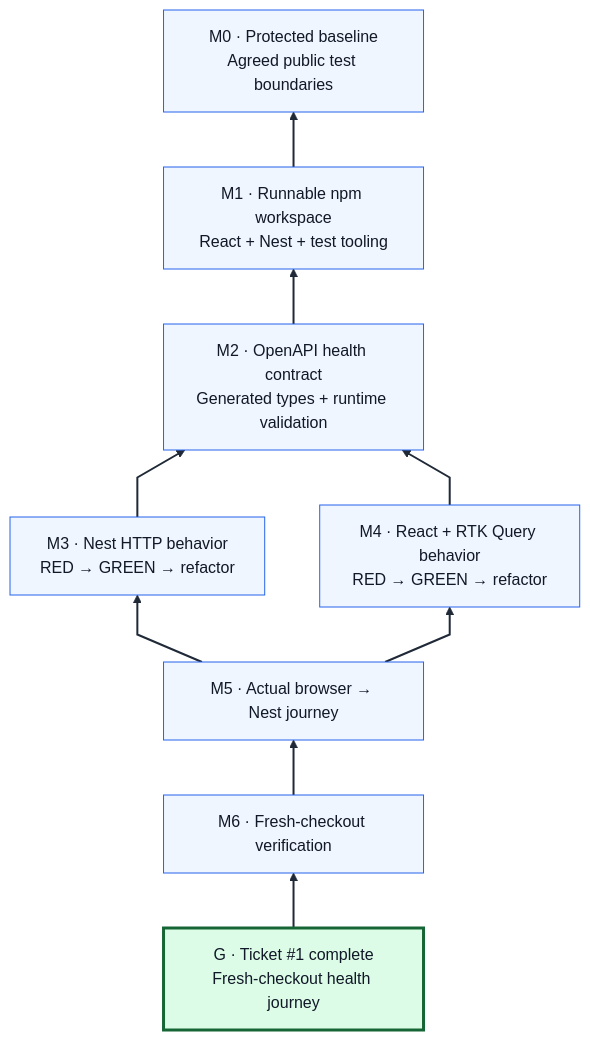
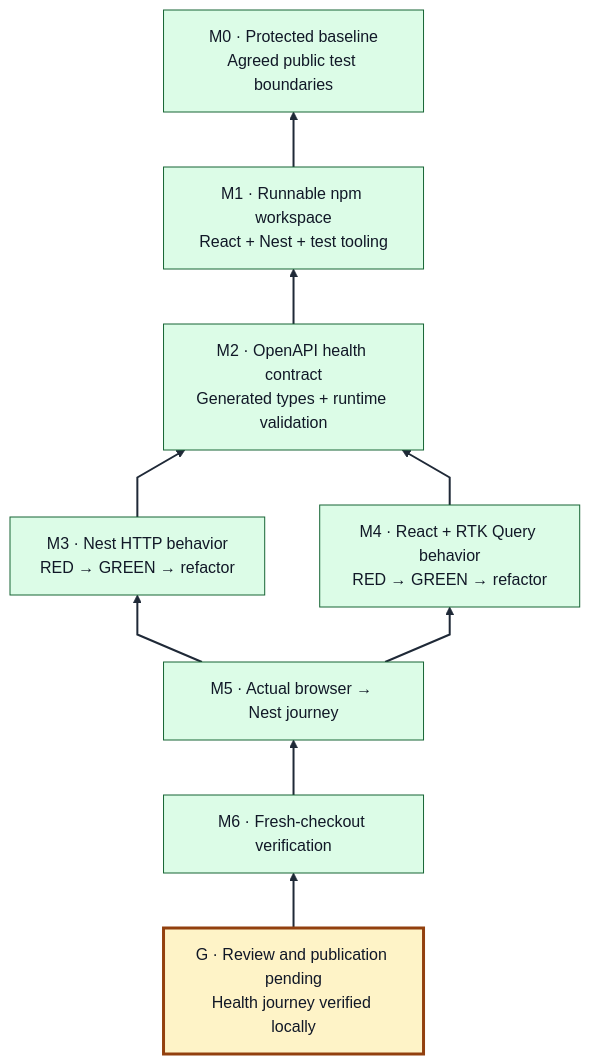
One commit to JasonCorp84/AEKI changed the diagram in docs/planning/diagrams/issue-1-mikado.md. Above: the diagram before and after it, drawn with Mermaid. The commit also changed other lines of this file and 49 other files, not shown here.

````diff
--- a/docs/planning/diagrams/issue-1-mikado.md
+++ b/docs/planning/diagrams/issue-1-mikado.md
@@ -5,23 +5,25 @@
 ```mermaid
 %%{init: {"theme":"base","themeVariables":{"background":"#ffffff","primaryColor":"#eff6ff","primaryTextColor":"#111827","primaryBorderColor":"#2563eb","lineColor":"#1f2937","fontFamily":"Arial","fontSize":"16px"},"flowchart":{"curve":"linear","nodeSpacing":55,"rankSpacing":55}}}%%
 flowchart BT
-    G["G · Ticket #1 complete<br/>Fresh-checkout health journey"]
+    G["G · Review and publication pending<br/>Health journey verified locally"]
     M6["M6 · Fresh-checkout verification"]
     M5["M5 · Actual browser → Nest journey"]
     M3["M3 · Nest HTTP behavior<br/>RED → GREEN → refactor"]
     M4["M4 · React + RTK Query behavior<br/>RED → GREEN → refactor"]
     M2["M2 · OpenAPI health contract<br/>Generated types + runtime validation"]
     M1["M1 · Runnable npm workspace<br/>React + Nest + test tooling"]
     M0["M0 · Protected baseline<br/>Agreed public test boundaries"]
     G --> M6
     M6 --> M5
     M5 --> M3
     M5 --> M4
     M3 --> M2
     M4 --> M2
     M2 --> M1
     M1 --> M0
-    classDef goal fill:#dcfce7,stroke:#166534,color:#111827,stroke-width:3px;
+    classDef goal fill:#fef3c7,stroke:#92400e,color:#111827,stroke-width:3px;
+    classDef verified fill:#dcfce7,stroke:#166534,color:#111827;
+    class M0,M1,M2,M3,M4,M5,M6 verified;
     class G goal;
     linkStyle default stroke:#1f2937,stroke-width:2px;
 ```
````
